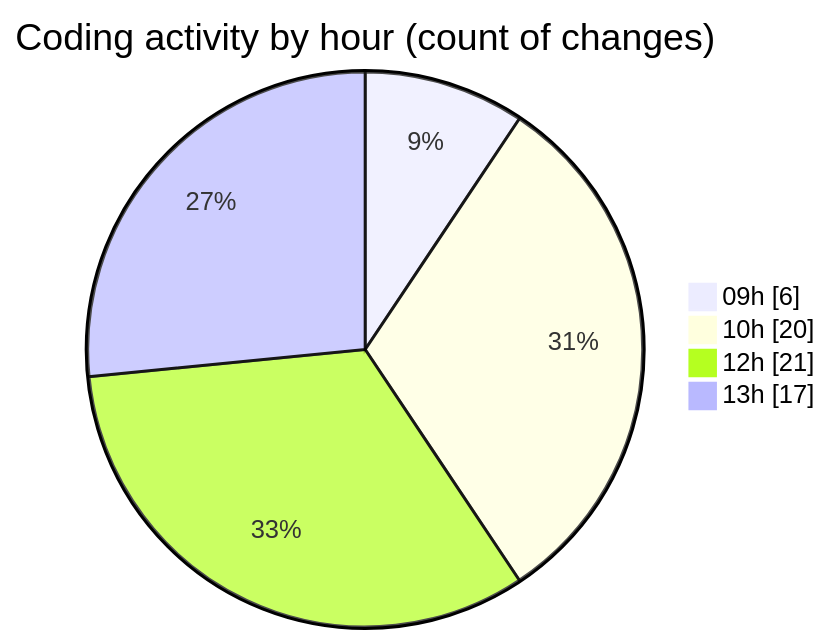
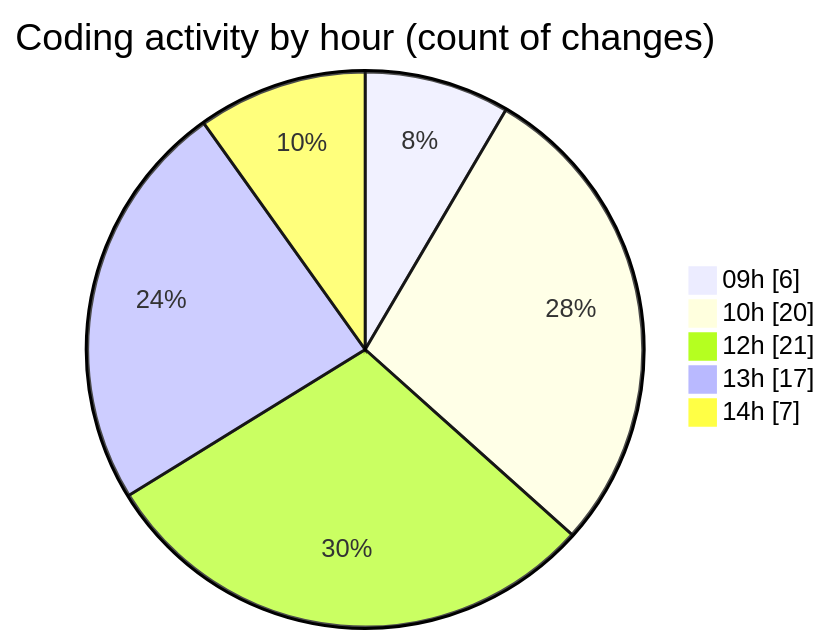
One commit to becaeroporto-bot/code-tracking changed the second of 2 diagrams in 2026-02-18/bot_v1_2/README.md. Above: the diagram before and after it, drawn with Mermaid. The commit also changed other lines of this file and 1 other file, not shown here.

````diff
--- a/2026-02-18/bot_v1_2/README.md
+++ b/2026-02-18/bot_v1_2/README.md
@@ -55,8 +55,9 @@
 ```mermaid
 pie showData
 title Coding activity by hour (count of changes)
 "09h" : 6
 "10h" : 20
 "12h" : 21
 "13h" : 17
+"14h" : 7
 ```
````
